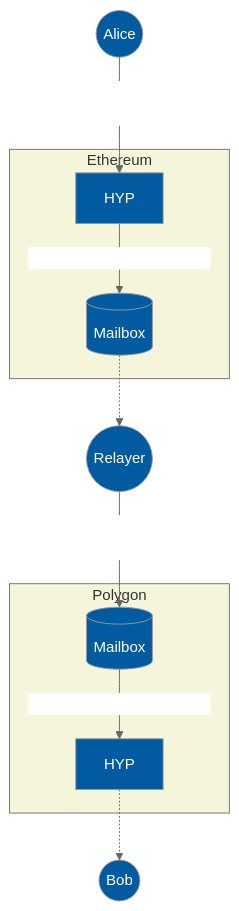
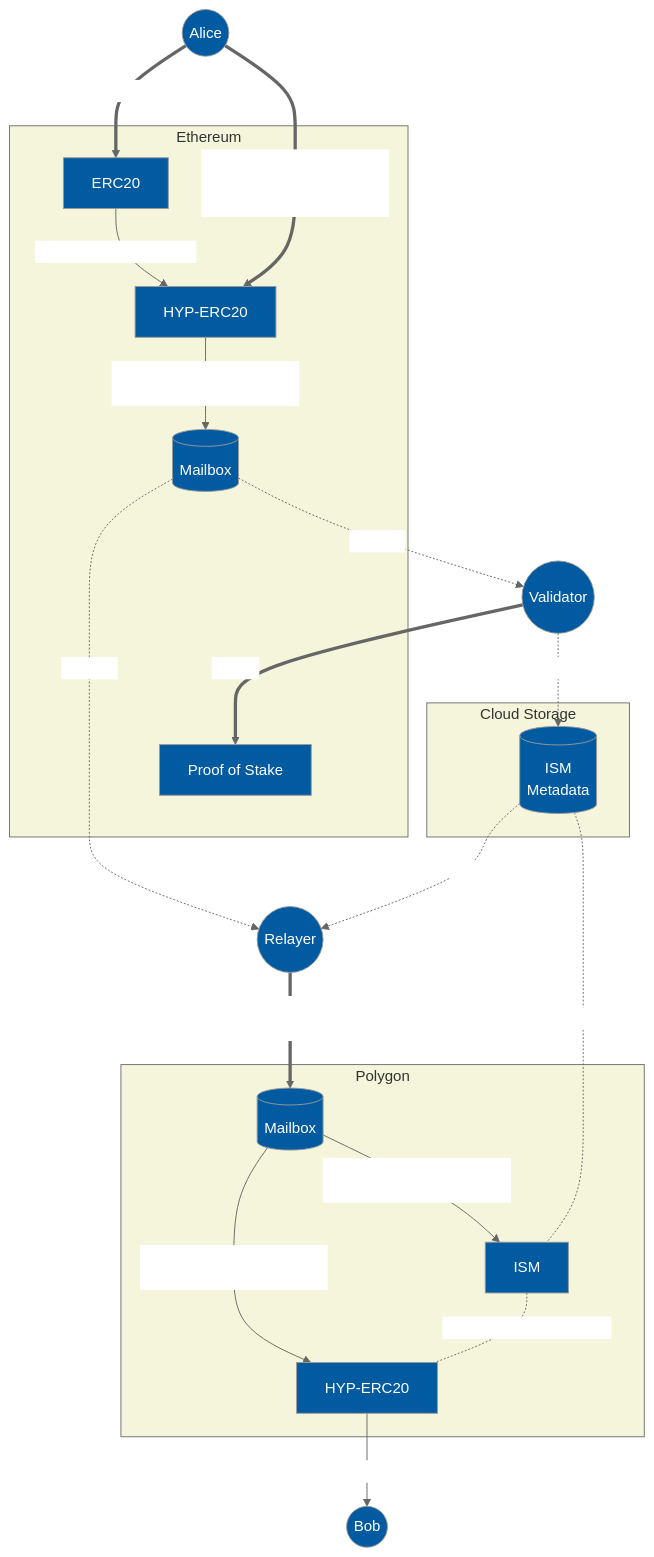
Before and after one commit to hyperlane-xyz/hyperlane-token: the diagram in README.md, drawn with Mermaid.

Commit message:
Fully detailed diagram

````diff
--- a/README.md
+++ b/README.md
@@ -5,34 +5,61 @@
 ```mermaid
 %%{ init: {
   "theme": "neutral",
   "themeVariables": {
     "mainBkg": "#025AA1",
     "textColor": "white",
     "clusterBkg": "beige"
   },
   "themeCSS": ".edgeLabel { color: black }"
 }}%%
 
 graph TB
     Alice((Alice))
+    Bob((Bob))
+    Validator((Validator))
     Relayer((Relayer))
+    %% Watcher((Watcher))
 
     subgraph "Ethereum"
-        HYP_E[HYP]
+        Token_E[ERC20]
+        HYP_E[HYP-ERC20]
         M_E[(Mailbox)]
+        POS_E[Proof of Stake]
     end
 
-    subgraph "Polygon"
-        HYP_P[HYP]
-        M_P[(Mailbox)]
+    Alice == "0. approve(HYP, infinity)" ==> Token_E
+    Alice == "1. transferRemote(Polygon, Bob, 5)" ==> HYP_E
+    Token_E -- "2. transferFrom(Alice, 5)" --> HYP_E
+    HYP_E -- "3. dispatch(Polygon, HYP, (Bob, 5))" --> M_E
+
+    M_E-."indexing".->Relayer
+    %% M_E-."indexing".->Watcher
+    M_E -. "indexing" .-> Validator
+
+    Validator == "staking" ==> POS_E
+    %% Watcher == "slashing" ==> POS_E
+    Validator -. "signing" .-> ISM_STORE
+
+    subgraph "Cloud Storage"
+        ISM_STORE[(ISM\nMetadata)]
     end
 
-    Bob((Bob))
+    ISM_STORE -. "metadata" .-> Relayer
+    ISM_STORE -. "moduleType" .- ISM_P
+    %% Watcher -. "indexing" .- ISM_P
 
-    Alice -- "transferRemote(Polygon, Bob, 5)" --> HYP_E
-    HYP_E -- "dispatch(Polygon, (Bob, 5))" --> M_E
-    M_E-.->Relayer
-    Relayer -- "process(Ethereum, (Bob, 5))" --> M_P
-    M_P-->|"handle(Ethereum, (Bob, 5))"|HYP_P
-    HYP_P-.->Bob
+    Relayer == "4. process(metadata, Ethereum, HYP, (Bob, 5))"==> M_P
+
+    subgraph "Polygon"
+        ISM_P[ISM]
+        M_P[(Mailbox)]
+        HYP_P[HYP-ERC20]
+
+        M_P -- "6. handle(Ethereum, (Bob, 5))" --> HYP_P
+        M_P -- "5. verify(metadata, Ethereum, (Bob, 5))" --> ISM_P
+    end
+
+    ISM_P -. "interchainSecurityModule" .- HYP_P
+    HYP_P -- "7. mint(Bob, 5)" --> Bob
+
 ```
````
